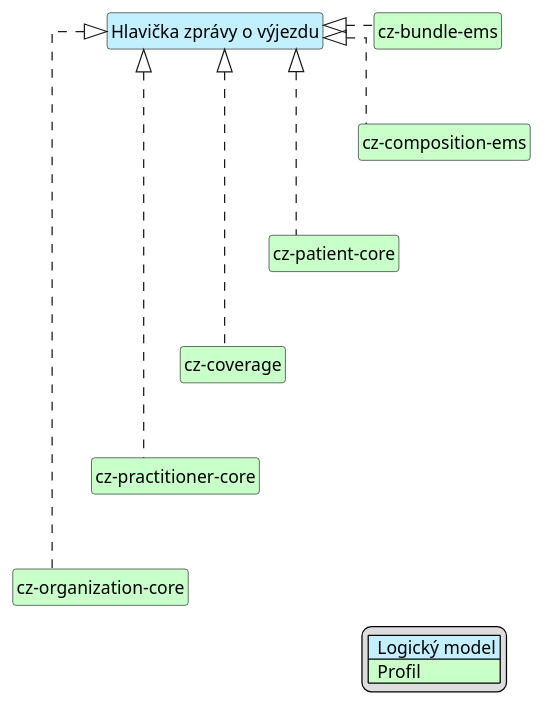
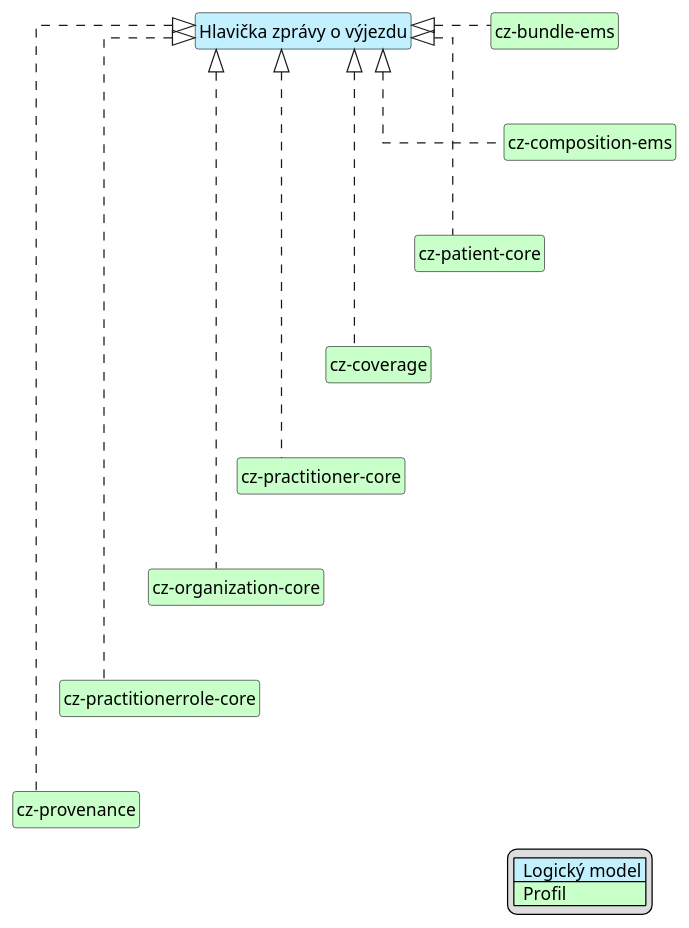
The diagram in input/images-source/emsHead-map-cs.plantuml (HL7-cz/cz-ems), drawn with PlantUML before and after one commit. The commit also changed 8 other files, not shown here.

```diff
--- a/input/images-source/emsHead-map-cs.plantuml
+++ b/input/images-source/emsHead-map-cs.plantuml
@@ -1,36 +1,42 @@
 @startuml
 hide circle
 hide stereotype
 hide members
 hide methods
 skinparam linetype ortho
 skinparam class {
 BackgroundColor<<LogicalModel>> #APPLICATION
 BackgroundColor<<Profile>> #TECHNOLOGY
 }
 legend right
 | <#APPLICATION>  Logický model |
 | <#TECHNOLOGY>  Profil |
 endlegend
 class "Hlavička zprávy o výjezdu" <<LogicalModel>> [[StructureDefinition-LogHeaderEmsCz.html]]
 
 class "cz-organization-core" <<Profile>> [[https://build.fhir.org/ig/HL7-cz/cz-core/StructureDefinition-cz-organization-core.html]]
 class "cz-coverage" <<Profile>> [[https://build.fhir.org/ig/HL7-cz/cz-core/StructureDefinition-cz-coverage.html]]
 class "cz-patient-core" <<Profile>> [[https://build.fhir.org/ig/HL7-cz/cz-core/StructureDefinition-cz-patient-core.html]]
 class "cz-practitioner-core" <<Profile>> [[https://build.fhir.org/ig/HL7-cz/cz-core/StructureDefinition-cz-practitioner-core.html]]
+class "cz-practitionerrole-core" <<Profile>> [[https://build.fhir.org/ig/HL7-cz/cz-core/StructureDefinition-cz-practitionerrole-core.html]]
+class "cz-provenance" <<Profile>> [[https://build.fhir.org/ig/HL7-cz/cz-core/StructureDefinition-cz-provenance.html]]
 class "cz-bundle-ems" <<Profile>> [[StructureDefinition-cz-bundle-ems.html]]
 class "cz-composition-ems" <<Profile>> [[StructureDefinition-cz-composition-ems.html]]
 
 "Hlavička zprávy o výjezdu" <|. "cz-composition-ems"
 "Hlavička zprávy o výjezdu" <|. "cz-bundle-ems"
 "Hlavička zprávy o výjezdu" <|. "cz-patient-core"
 "Hlavička zprávy o výjezdu" <|. "cz-coverage"
 "Hlavička zprávy o výjezdu" <|. "cz-practitioner-core"
 "Hlavička zprávy o výjezdu" <|. "cz-organization-core"
+"Hlavička zprávy o výjezdu" <|. "cz-practitionerrole-core"
+"Hlavička zprávy o výjezdu" <|. "cz-provenance"
 
 "cz-bundle-ems" -d[hidden]-> "cz-composition-ems"
 "cz-composition-ems" -d[hidden]-> "cz-patient-core"
 "cz-patient-core" -d[hidden]-> "cz-coverage"
 "cz-coverage" -d[hidden]-> "cz-practitioner-core"
 "cz-practitioner-core" -d[hidden]-> "cz-organization-core"
+"cz-organization-core" -d[hidden]-> "cz-practitionerrole-core"
+"cz-practitionerrole-core" -d[hidden]-> "cz-provenance"
 @enduml
```
